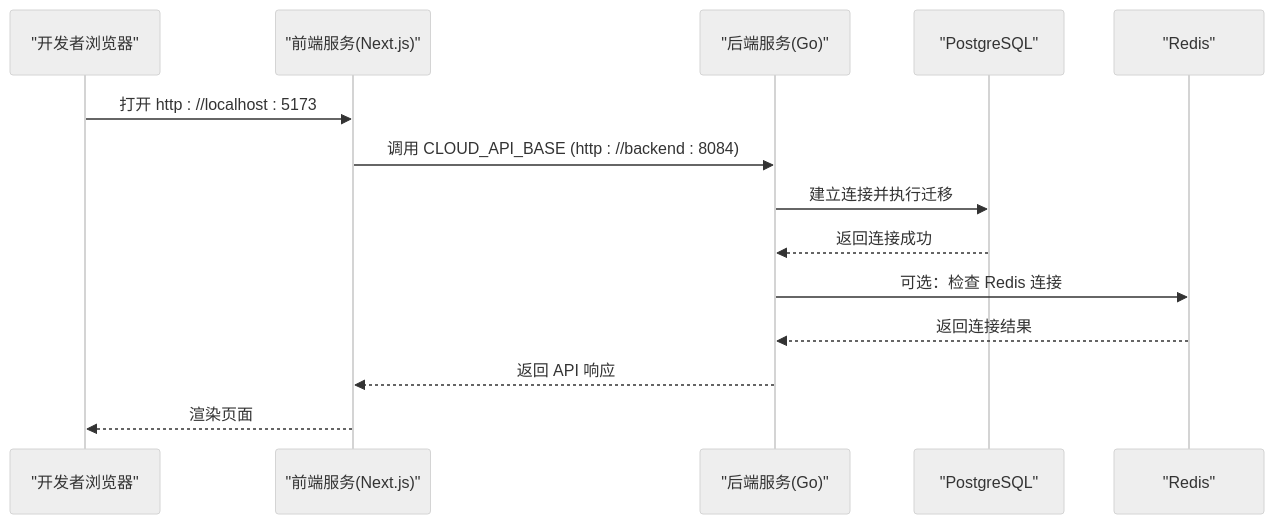
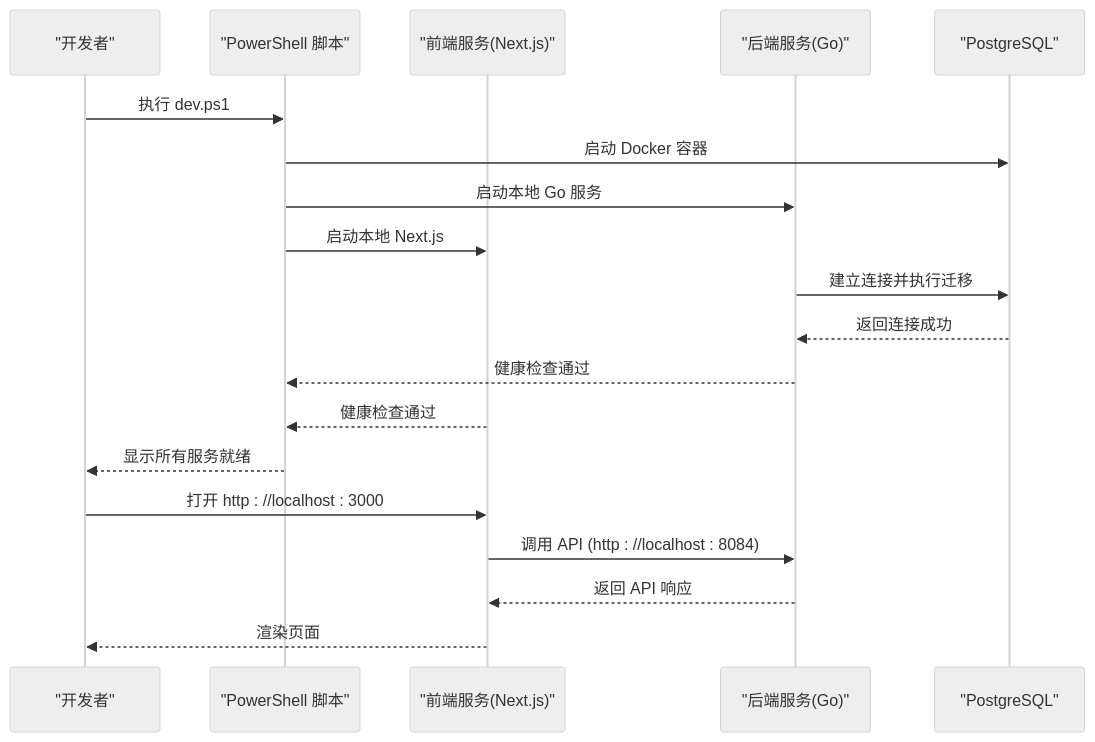
The second of 7 diagrams in .qoder/repowiki/zh/content/开发指南/开发环境搭建.md (alvinwangzi/goodhr), drawn with Mermaid (neutral theme) before and after one commit. The commit also changed other lines of this file and 10 other files, not shown here.

````diff
--- a/.qoder/repowiki/zh/content/开发指南/开发环境搭建.md
+++ b/.qoder/repowiki/zh/content/开发指南/开发环境搭建.md
@@ -96,16 +115,21 @@
 ```mermaid
 sequenceDiagram
-participant Dev as "开发者浏览器"
+participant Dev as "开发者"
+participant Script as "PowerShell 脚本"
 participant FE as "前端服务(Next.js)"
 participant BE as "后端服务(Go)"
 participant PG as "PostgreSQL"
-participant RD as "Redis"
-Dev->>FE : 打开 http : //localhost : 5173
-FE->>BE : 调用 CLOUD_API_BASE (http : //backend : 8084)
+Dev->>Script : 执行 dev.ps1
+Script->>PG : 启动 Docker 容器
+Script->>BE : 启动本地 Go 服务
+Script->>FE : 启动本地 Next.js
 BE->>PG : 建立连接并执行迁移
 PG-->>BE : 返回连接成功
-BE->>RD : 可选：检查 Redis 连接
-RD-->>BE : 返回连接结果
+BE-->>Script : 健康检查通过
+FE-->>Script : 健康检查通过
+Script-->>Dev : 显示所有服务就绪
+Dev->>FE : 打开 http : //localhost : 3000
+FE->>BE : 调用 API (http : //localhost : 8084)
 BE-->>FE : 返回 API 响应
 FE-->>Dev : 渲染页面
 ```
````
